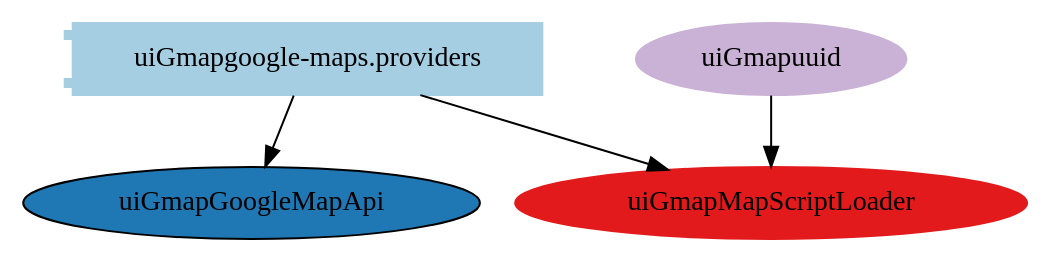
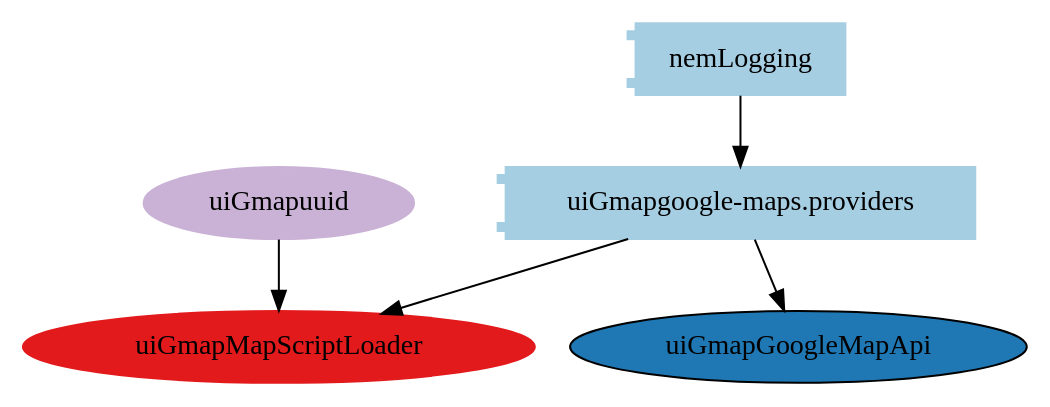
One commit to RLisov/toRest changed the diagram in www/lib/angular-google-maps/dist/architecture/dot/modules/uiGmapgoogle-maps.providers.dot. Above: the diagram before and after it, drawn with Graphviz. The commit also changed 140 other files, not shown here.

```diff
--- a/www/lib/angular-google-maps/dist/architecture/dot/modules/uiGmapgoogle-maps.providers.dot
+++ b/www/lib/angular-google-maps/dist/architecture/dot/modules/uiGmapgoogle-maps.providers.dot
@@ -1,62 +1,65 @@
 digraph dependencies {
   node[shape="component",style="filled",colorscheme=paired12]
 
 
     node[shape="component"]
     "uiGmapgoogle-maps.providers"[label="uiGmapgoogle-maps.providers", color=1]
 
+    
+      "nemLogging"[label="nemLogging", color=1]
+      "nemLogging" -> "uiGmapgoogle-maps.providers"
     
 
 
     node[shape="ellipse"]
     
       "uiGmapGoogleMapApi"[label="uiGmapGoogleMapApi", fillcolor=2]
       "uiGmapgoogle-maps.providers" -> "uiGmapGoogleMapApi"
     
 
 
     
 
     
 
     
       "uiGmapMapScriptLoader"[label="uiGmapMapScriptLoader", color=6]
       "uiGmapgoogle-maps.providers" -> "uiGmapMapScriptLoader"
     
 
     node[shape="cds"]
     
 
     
 
 
 
 
 
 
 
 
 
     node[shape="ellipse",style="filled", color=9]
     
       
     
 
     
 
 
     
 
     
 
     
       
         "uiGmapuuid"[label="uiGmapuuid"]
         "uiGmapuuid" -> "uiGmapMapScriptLoader"
       
     
 
     
 
 
 }
```
